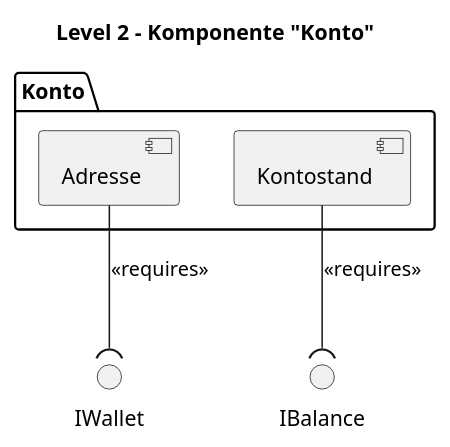
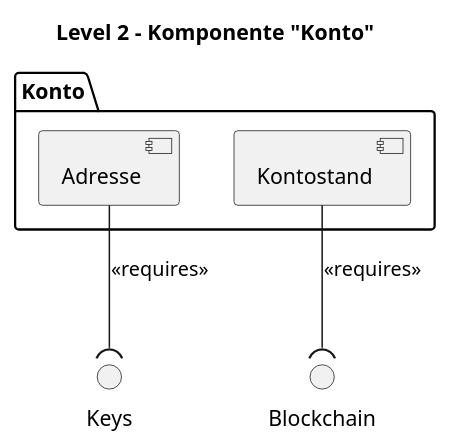
The third of 4 diagrams in docs/arc42/arc42-Api/API.md (bjoern621/VSP-Blockchain), drawn with PlantUML before and after one commit. The commit also changed other lines of this file, not shown here.

`````diff
--- a/docs/arc42/arc42-Api/API.md
+++ b/docs/arc42/arc42-Api/API.md
@@ -374,19 +349,19 @@
     ````plantuml
     @startuml
     title Level 2 – Komponente "Konto"
     
     skinparam interfaceStyle uml
     
     package "Konto" {
     
         component "Adresse" as Adresse
     
         component "Kontostand" as Kontostand
     }
     
-    interface "IBalance" as IBalanceReq
+    interface "Blockchain" as IBalanceReq
     Kontostand --( IBalanceReq : <<requires>>
-    interface "IWallet" as IKeyReq
-    Adresse --( IKeyReq : <<requires>>
+    interface "Keys" as KeyReq
+    Adresse --( KeyReq : <<requires>>
     @enduml
     ````
`````
